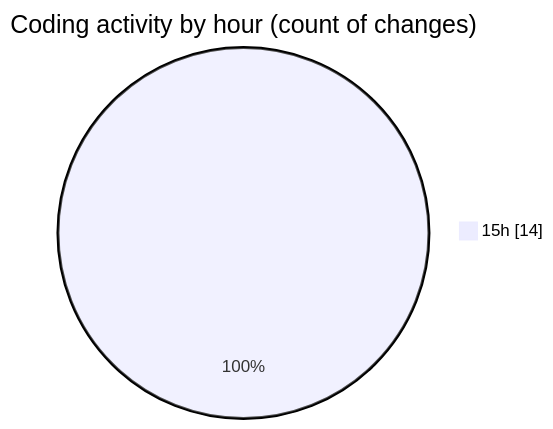
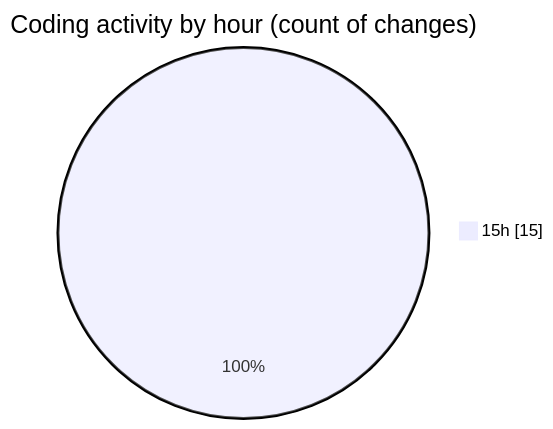
The second of 2 diagrams in 2025-10-01/oura-api/README.md (mevix1/code-tracking), drawn with Mermaid before and after one commit. The commit also changed other lines of this file and 1 other file, not shown here.

````diff
--- a/2025-10-01/oura-api/README.md
+++ b/2025-10-01/oura-api/README.md
@@ -32,5 +32,5 @@
 ```mermaid
 pie showData
 title Coding activity by hour (count of changes)
-"15h" : 14
+"15h" : 15
 ```
````
